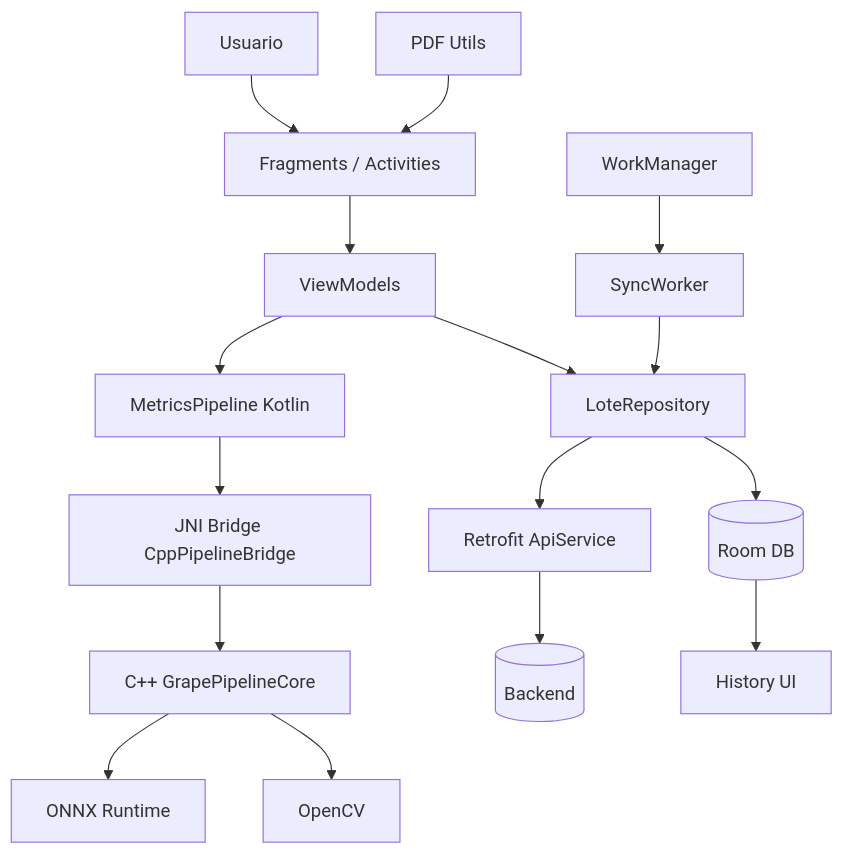
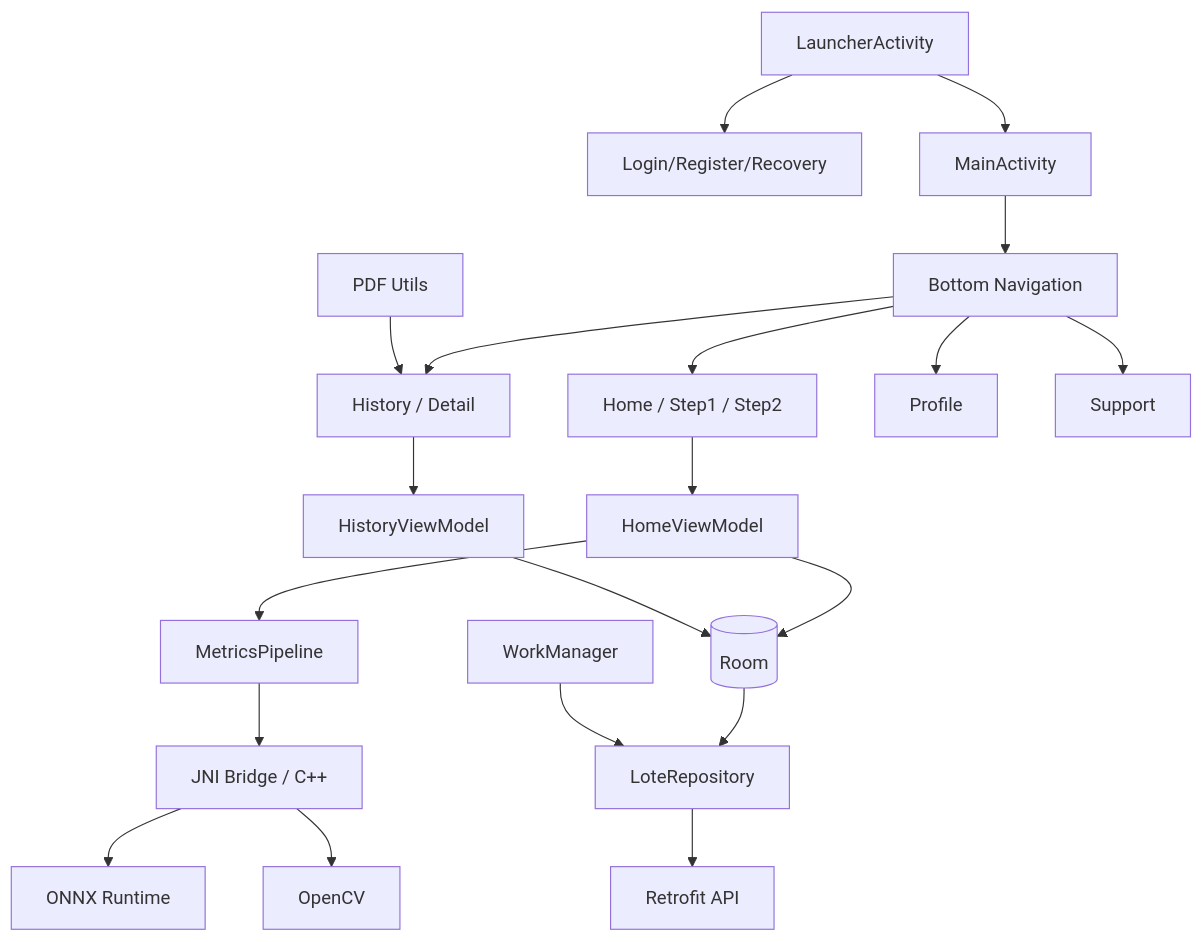
One commit to Maxbarrioslopez/grape-berry-estimation-demo-v2 changed the diagram in README.md. Above: the diagram before and after it, drawn with Mermaid. The commit also changed other lines of this file and 28 other files, not shown here.

````diff
--- a/README.md
+++ b/README.md
@@ -65,18 +28,22 @@
 ```mermaid
 flowchart TD
-    User[Usuario] --> UI[Fragments / Activities]
-    UI --> VM[ViewModels]
-    VM --> Repo[LoteRepository]
-    VM --> Pipeline[MetricsPipeline Kotlin]
-    Pipeline --> JNI[JNI Bridge CppPipelineBridge]
-    JNI --> CPP[C++ GrapePipelineCore]
-    CPP --> Ort[ONNX Runtime]
-    CPP --> CV[OpenCV]
-    Repo --> Room[(Room DB)]
-    Repo --> API[Retrofit ApiService]
-    API --> Backend[(Backend)]
-    Work[WorkManager] --> Sync[SyncWorker]
-    Sync --> Repo
-    PDF[PDF Utils] --> UI
-    Room --> History[History UI]
+    Launcher[LauncherActivity] --> Auth[Login/Register/Recovery]
+    Launcher --> Main[MainActivity]
+    Main --> Nav[Bottom Navigation]
+    Nav --> Home[Home / Step1 / Step2]
+    Nav --> History[History / Detail]
+    Nav --> Profile[Profile]
+    Nav --> Support[Support]
+    Home --> VM[HomeViewModel]
+    History --> HVM[HistoryViewModel]
+    VM --> Pipeline[MetricsPipeline]
+    Pipeline --> JNI[JNI Bridge / C++]
+    JNI --> ONNX[ONNX Runtime]
+    JNI --> OpenCV[OpenCV]
+    VM --> Room[(Room)]
+    HVM --> Room
+    Room --> Repo[LoteRepository]
+    Repo --> Retrofit[Retrofit API]
+    Work[WorkManager] --> Repo
+    PDF[PDF Utils] --> History
 ```
````
